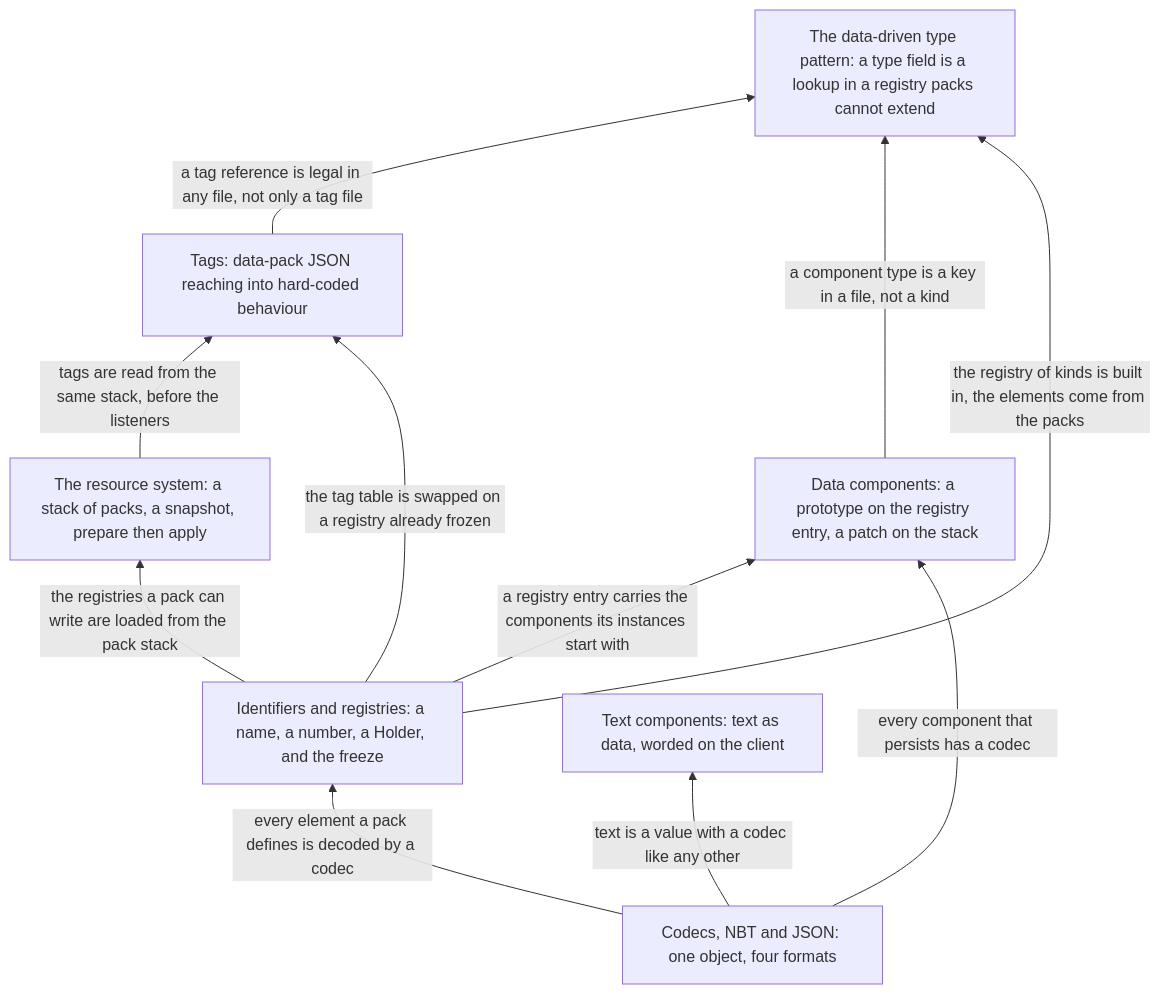
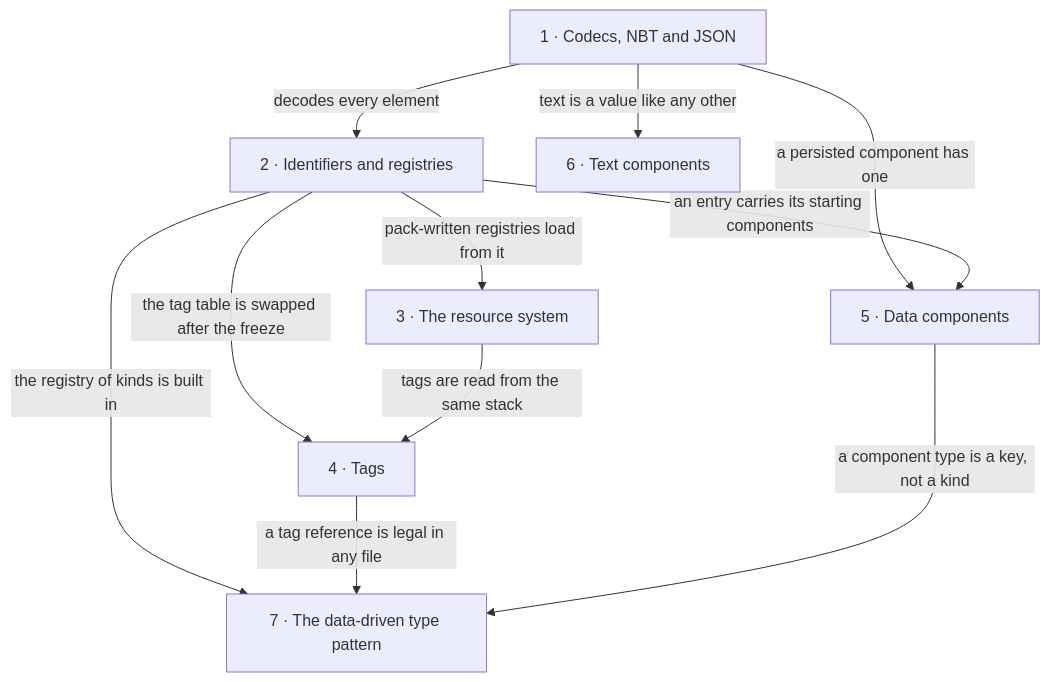
The diagram in src/systems/foundations/README.md (AlexanderjFraser/MinecraftDocs), drawn with Mermaid before and after one commit. The commit also changed other lines of this file and 14 other files, not shown here.

````diff
--- a/src/systems/foundations/README.md
+++ b/src/systems/foundations/README.md
@@ -26,20 +24,20 @@
 ```mermaid
-flowchart BT
-    C["Codecs, NBT and JSON: one object, four formats"]
-    R["Identifiers and registries: a name, a number, a Holder, and the freeze"]
-    S["The resource system: a stack of packs, a snapshot, prepare then apply"]
-    T["Tags: data-pack JSON reaching into hard-coded behaviour"]
-    D["Data components: a prototype on the registry entry, a patch on the stack"]
-    X["Text components: text as data, worded on the client"]
-    P["The data-driven type pattern: a type field is a lookup in a registry packs cannot extend"]
-    C -- "every element a pack defines is decoded by a codec" --> R
-    R -- "the registries a pack can write are loaded from the pack stack" --> S
-    S -- "tags are read from the same stack, before the listeners" --> T
-    R -- "the tag table is swapped on a registry already frozen" --> T
-    R -- "a registry entry carries the components its instances start with" --> D
-    C -- "every component that persists has a codec" --> D
-    C -- "text is a value with a codec like any other" --> X
-    T -- "a tag reference is legal in any file, not only a tag file" --> P
-    D -- "a component type is a key in a file, not a kind" --> P
-    R -- "the registry of kinds is built in, the elements come from the packs" --> P
+flowchart TD
+    C["1 · Codecs, NBT and JSON"]
+    R["2 · Identifiers and registries"]
+    S["3 · The resource system"]
+    T["4 · Tags"]
+    D["5 · Data components"]
+    X["6 · Text components"]
+    P["7 · The data-driven type pattern"]
+    C -- "decodes every element" --> R
+    C -- "a persisted component has one" --> D
+    C -- "text is a value like any other" --> X
+    R -- "pack-written registries load from it" --> S
+    R -- "the tag table is swapped after the freeze" --> T
+    R -- "an entry carries its starting components" --> D
+    R -- "the registry of kinds is built in" --> P
+    S -- "tags are read from the same stack" --> T
+    T -- "a tag reference is legal in any file" --> P
+    D -- "a component type is a key, not a kind" --> P
 ```
````
